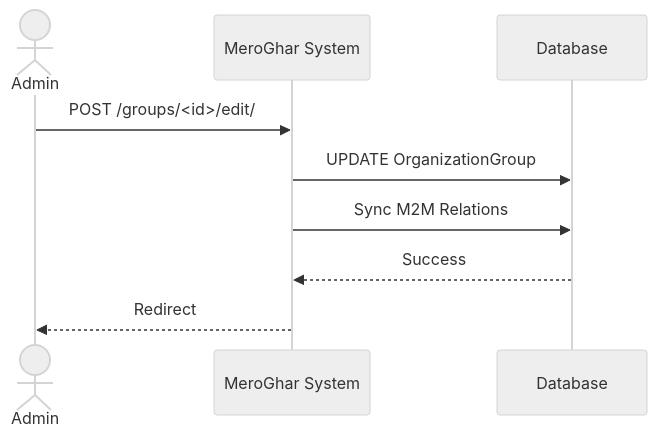
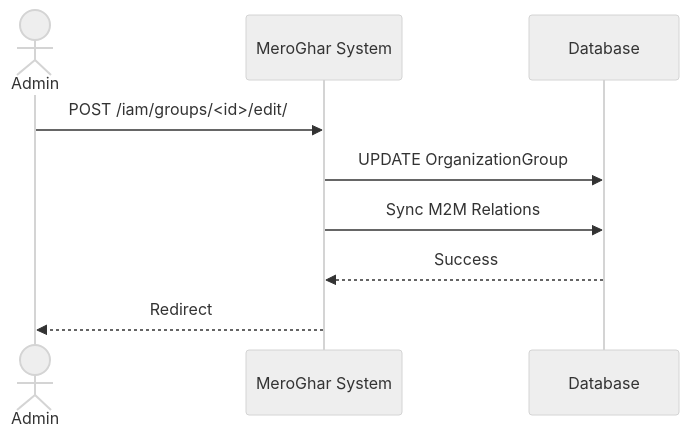
Before and after one commit to 0Ankit0/meroghar: the third of 4 diagrams in docs/workflows/organization_group.md, drawn with Mermaid (neutral theme). The commit also changed other lines of this file and 10 other files, not shown here.

````diff
--- a/docs/workflows/organization_group.md
+++ b/docs/workflows/organization_group.md
@@ -57,12 +57,12 @@
 ```mermaid
 sequenceDiagram
     actor Admin as Admin
     participant System as MeroGhar System
     participant DB as Database
 
-    Admin->>System: POST /groups/<id>/edit/
+    Admin->>System: POST /iam/groups/<id>/edit/
     System->>DB: UPDATE OrganizationGroup
     System->>DB: Sync M2M Relations
     DB-->>System: Success
     System-->>Admin: Redirect
 ```
````
